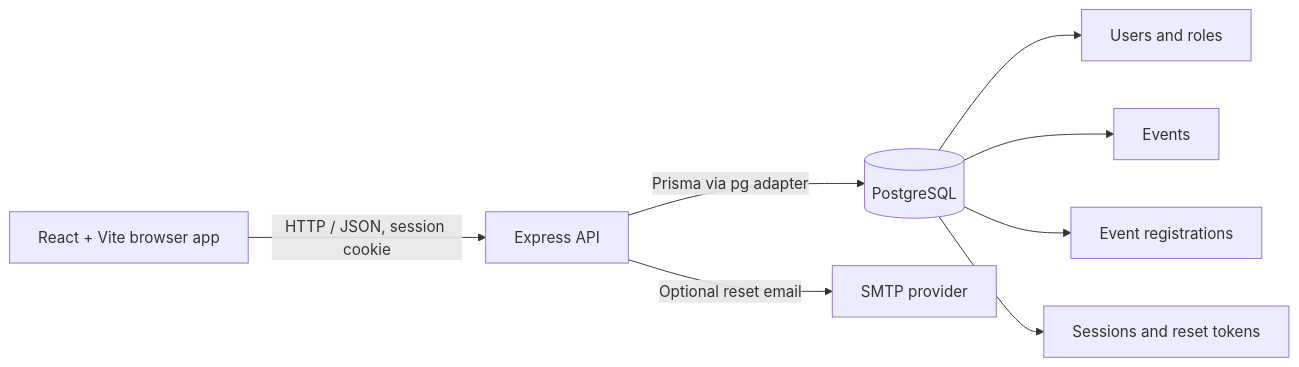
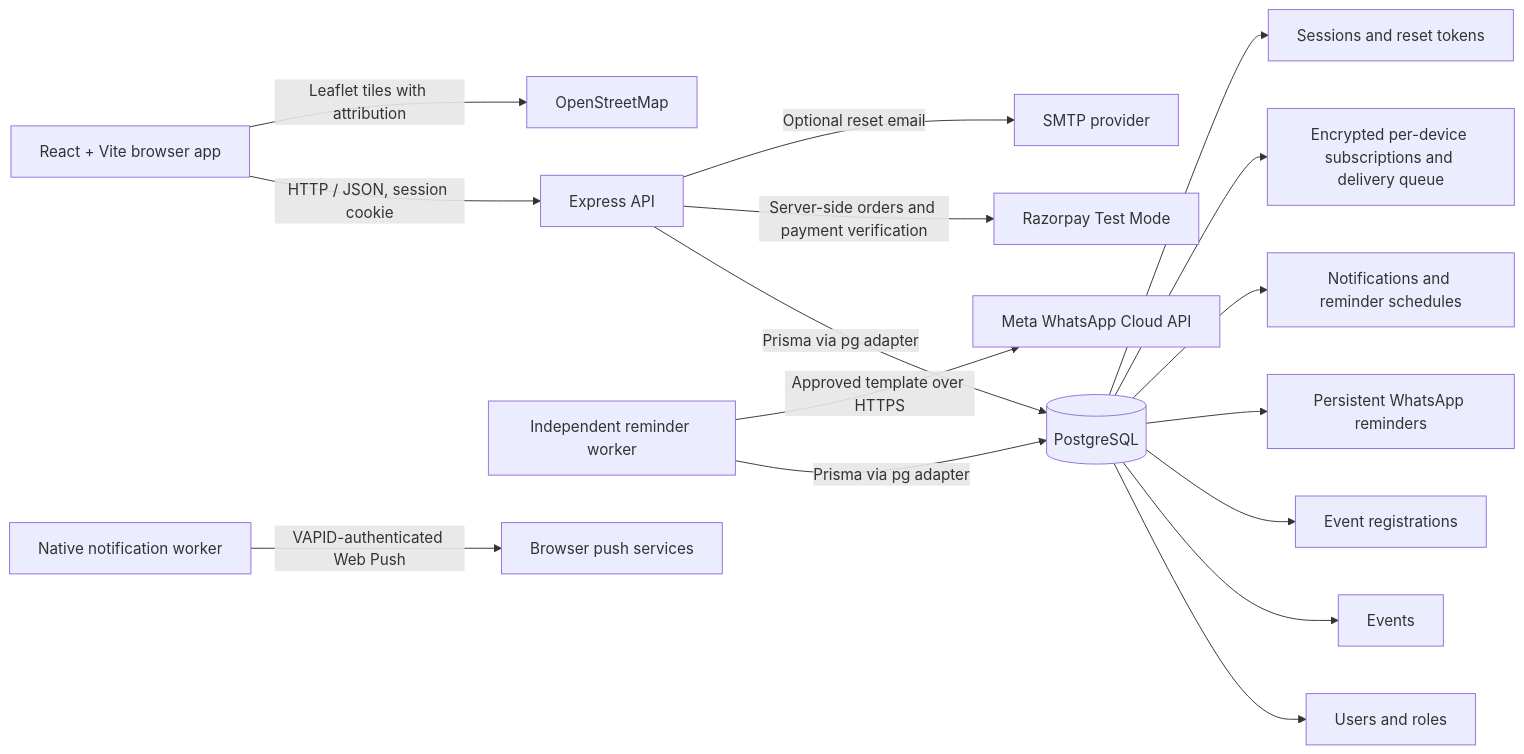
The diagram in README.md (QaziHasnain/campusconnect), drawn with Mermaid before and after one commit. The commit also changed other lines of this file and 69 other files, not shown here.

````diff
--- a/README.md
+++ b/README.md
@@ -44,10 +54,18 @@
 ```mermaid
 flowchart LR
   Browser[React + Vite browser app] -->|HTTP / JSON, session cookie| API[Express API]
   API -->|Prisma via pg adapter| DB[(PostgreSQL)]
+  API -->|Server-side orders and payment verification| Razorpay[Razorpay Test Mode]
+  Browser -->|Leaflet tiles with attribution| OSM[OpenStreetMap]
   API -->|Optional reset email| SMTP[SMTP provider]
+  Worker[Independent reminder worker] -->|Prisma via pg adapter| DB
+  Worker -->|Approved template over HTTPS| WhatsApp[Meta WhatsApp Cloud API]
+  NotificationWorker[Native notification worker] -->|VAPID-authenticated Web Push| BrowserPush[Browser push services]
   DB --> Users[Users and roles]
   DB --> Events[Events]
   DB --> Registrations[Event registrations]
+  DB --> Reminders[Persistent WhatsApp reminders]
+  DB --> Notifications[Notifications and reminder schedules]
+  DB --> PushSubscriptions[Encrypted per-device subscriptions and delivery queue]
   DB --> Sessions[Sessions and reset tokens]
 ```
````
